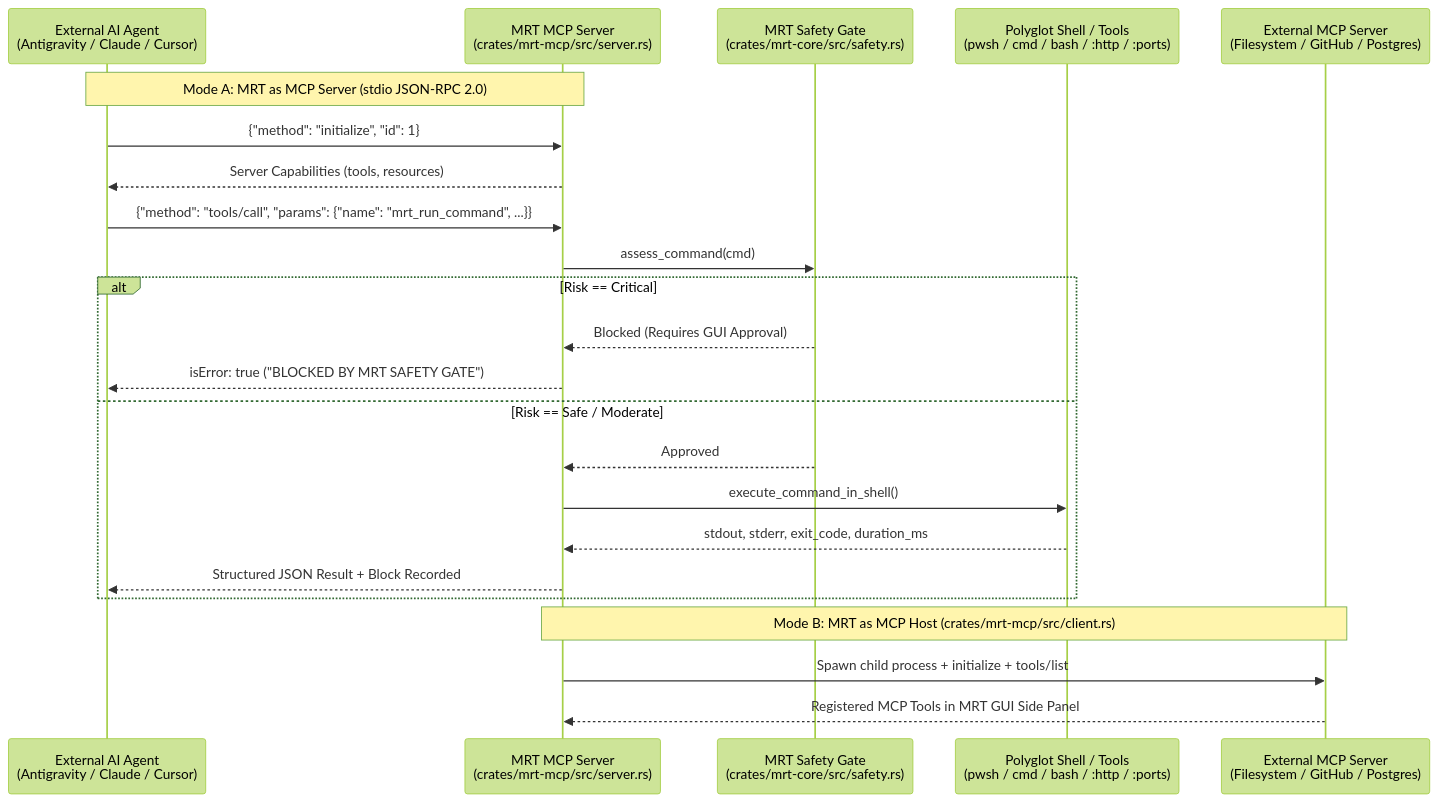
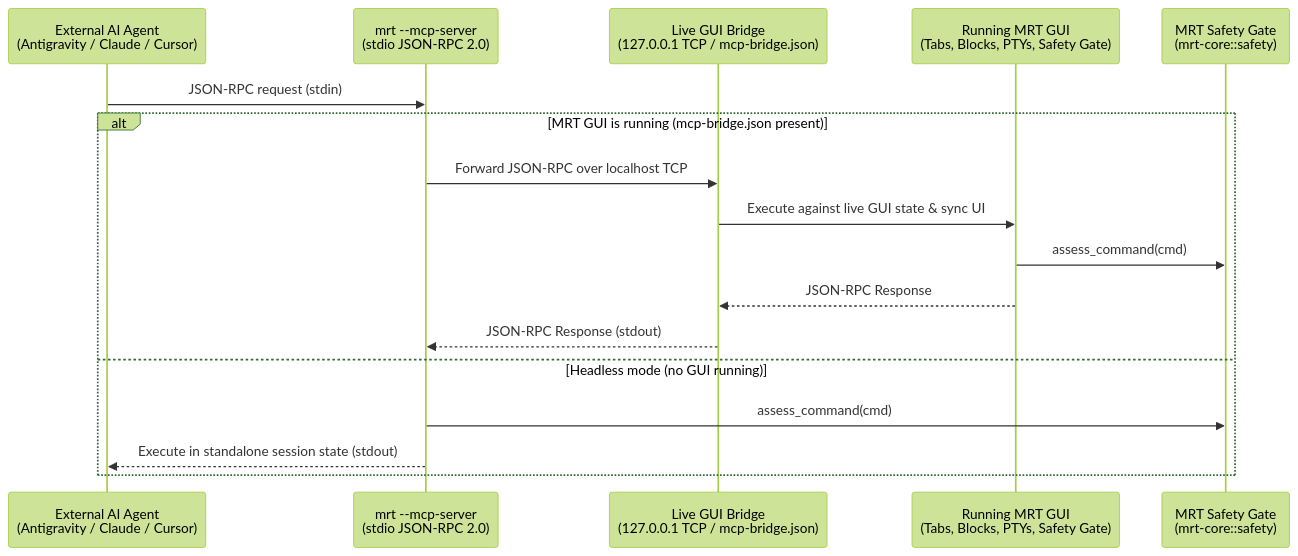
The diagram in docs/MCP_GUIDE.md (SieteCuatro/MRT), drawn with Mermaid (forest theme) before and after one commit. The commit also changed other lines of this file and 20 other files, not shown here.

Commit message:
Update theme, MCP live GUI bridge, and sync documentation

````diff
--- a/docs/MCP_GUIDE.md
+++ b/docs/MCP_GUIDE.md
@@ -11,27 +11,20 @@
 ```mermaid
 sequenceDiagram
     participant ExtAI as External AI Agent<br/>(Antigravity / Claude / Cursor)
-    participant MrtSrv as MRT MCP Server<br/>(crates/mrt-mcp/src/server.rs)
-    participant Safety as MRT Safety Gate<br/>(crates/mrt-core/src/safety.rs)
-    participant Shell as Polyglot Shell / Tools<br/>(pwsh / cmd / bash / :http / :ports)
-    participant ExtMcp as External MCP Server<br/>(Filesystem / GitHub / Postgres)
+    participant Stdio as mrt --mcp-server<br/>(stdio JSON-RPC 2.0)
+    participant Bridge as Live GUI Bridge<br/>(127.0.0.1 TCP / mcp-bridge.json)
+    participant GUI as Running MRT GUI<br/>(Tabs, Blocks, PTYs, Safety Gate)
+    participant Safety as MRT Safety Gate<br/>(mrt-core::safety)
 
-    Note over ExtAI,MrtSrv: Mode A: MRT as MCP Server (stdio JSON-RPC 2.0)
-    ExtAI->>MrtSrv: {"method": "initialize", "id": 1}
-    MrtSrv-->>ExtAI: Server Capabilities (tools, resources)
-    ExtAI->>MrtSrv: {"method": "tools/call", "params": {"name": "mrt_run_command", ...}}
-    MrtSrv->>Safety: assess_command(cmd)
-    alt Risk == Critical
-        Safety-->>MrtSrv: Blocked (Requires GUI Approval)
-        MrtSrv-->>ExtAI: isError: true ("BLOCKED BY MRT SAFETY GATE")
-    else Risk == Safe / Moderate
-        Safety-->>MrtSrv: Approved
-        MrtSrv->>Shell: execute_command_in_shell()
-        Shell-->>MrtSrv: stdout, stderr, exit_code, duration_ms
-        MrtSrv-->>ExtAI: Structured JSON Result + Block Recorded
+    ExtAI->>Stdio: JSON-RPC request (stdin)
+    alt MRT GUI is running (mcp-bridge.json present)
+        Stdio->>Bridge: Forward JSON-RPC over localhost TCP
+        Bridge->>GUI: Execute against live GUI state & sync UI
+        GUI->>Safety: assess_command(cmd)
+        GUI-->>Bridge: JSON-RPC Response
+        Bridge-->>Stdio: JSON-RPC Response (stdout)
+    else Headless mode (no GUI running)
+        Stdio->>Safety: assess_command(cmd)
+        Stdio-->>ExtAI: Execute in standalone session state (stdout)
     end
-
-    Note over MrtSrv,ExtMcp: Mode B: MRT as MCP Host (crates/mrt-mcp/src/client.rs)
-    MrtSrv->>ExtMcp: Spawn child process + initialize + tools/list
-    ExtMcp-->>MrtSrv: Registered MCP Tools in MRT GUI Side Panel
 ```
````
